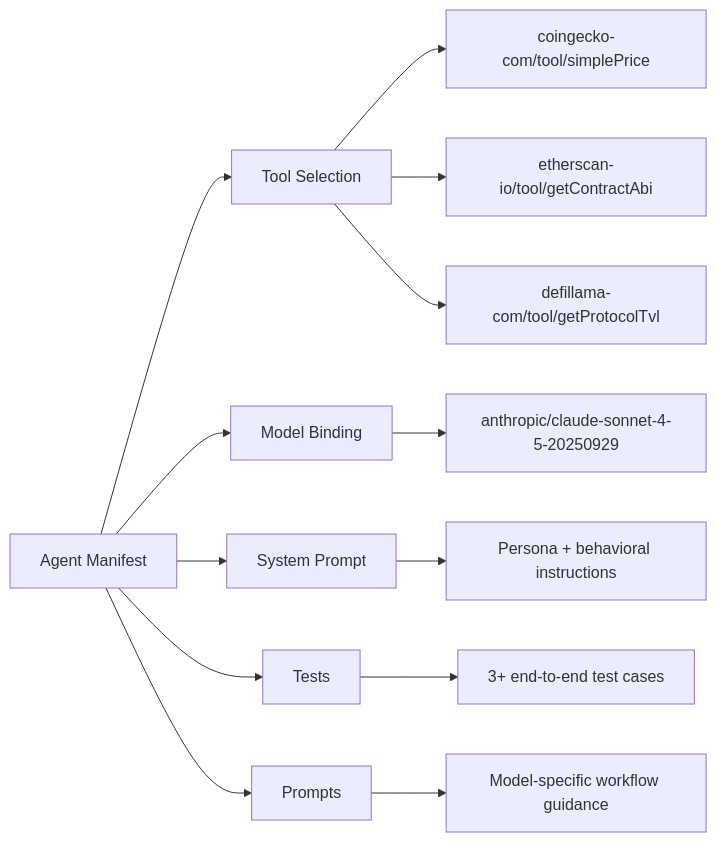
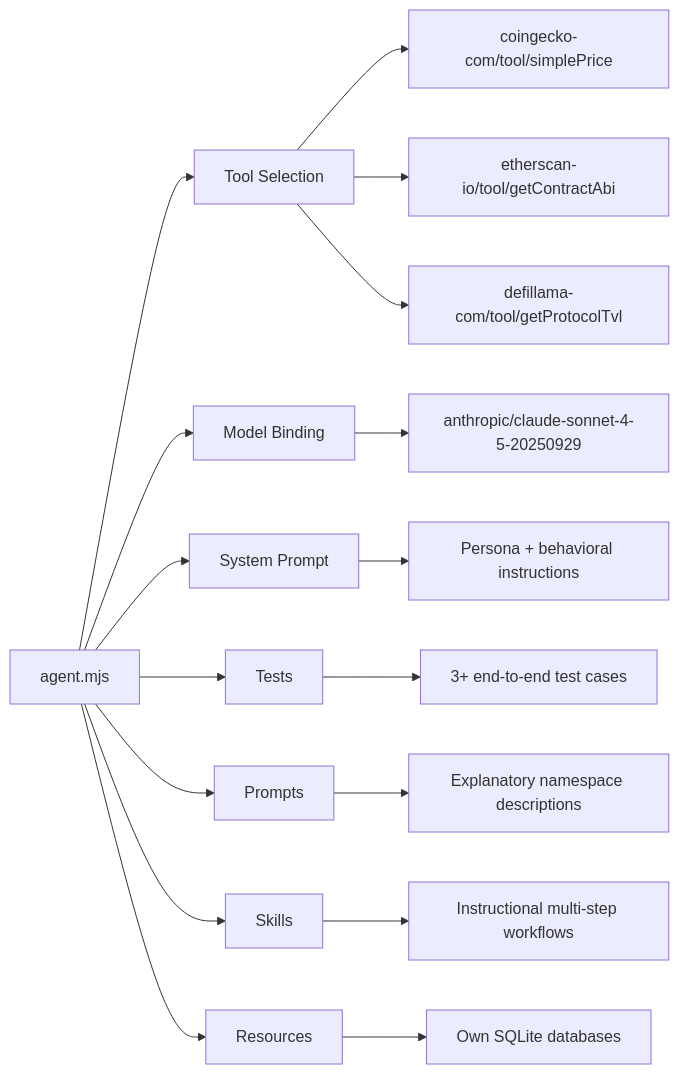
One commit to FlowMCP/flowmcp-spec changed the first of 6 diagrams in spec/v3.0.0/06-agents.md. Above: the diagram before and after it, drawn with Mermaid. The commit also changed other lines of this file and 9 other files, not shown here.

````diff
--- a/spec/v3.0.0/06-agents.md
+++ b/spec/v3.0.0/06-agents.md
@@ -11,17 +11,21 @@
 ```mermaid
 flowchart LR
-    A[Agent Manifest] --> B[Tool Selection]
+    A[agent.mjs] --> B[Tool Selection]
     A --> C[Model Binding]
     A --> D[System Prompt]
     A --> E[Tests]
     A --> F[Prompts]
+    A --> G[Skills]
+    A --> H[Resources]
 
-    B --> G["coingecko-com/tool/simplePrice"]
-    B --> H["etherscan-io/tool/getContractAbi"]
-    B --> I["defillama-com/tool/getProtocolTvl"]
+    B --> I["coingecko-com/tool/simplePrice"]
+    B --> J["etherscan-io/tool/getContractAbi"]
+    B --> K["defillama-com/tool/getProtocolTvl"]
 
-    C --> J["anthropic/claude-sonnet-4-5-20250929"]
-    D --> K[Persona + behavioral instructions]
-    E --> L["3+ end-to-end test cases"]
-    F --> M[Model-specific workflow guidance]
+    C --> L["anthropic/claude-sonnet-4-5-20250929"]
+    D --> M[Persona + behavioral instructions]
+    E --> N["3+ end-to-end test cases"]
+    F --> O[Explanatory namespace descriptions]
+    G --> P[Instructional multi-step workflows]
+    H --> Q[Own SQLite databases]
 ```
````
